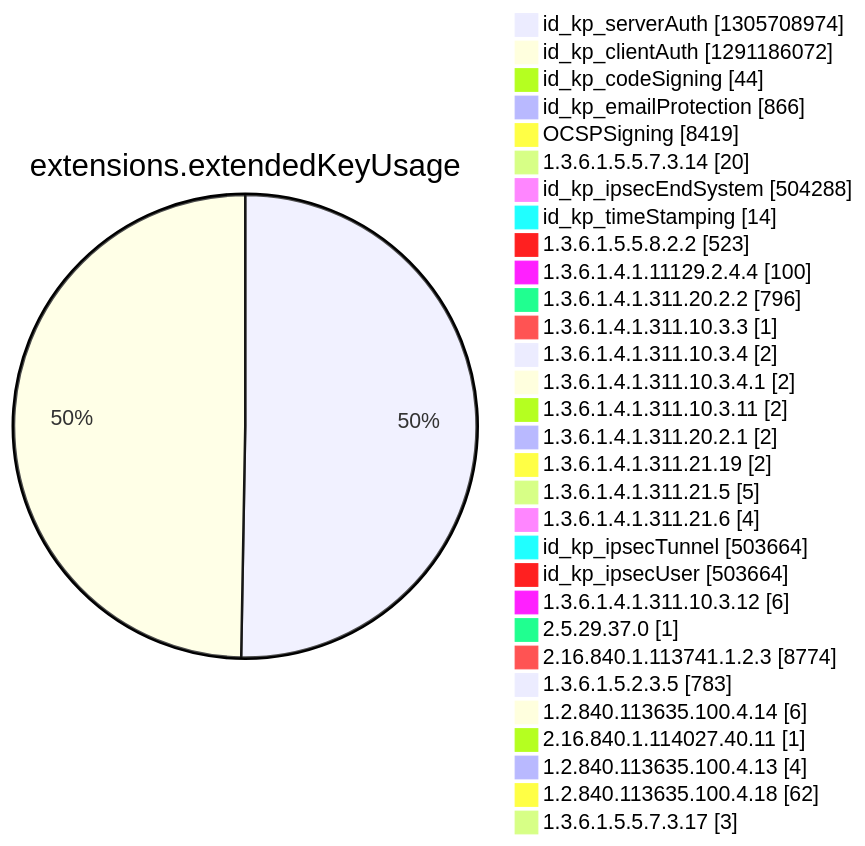
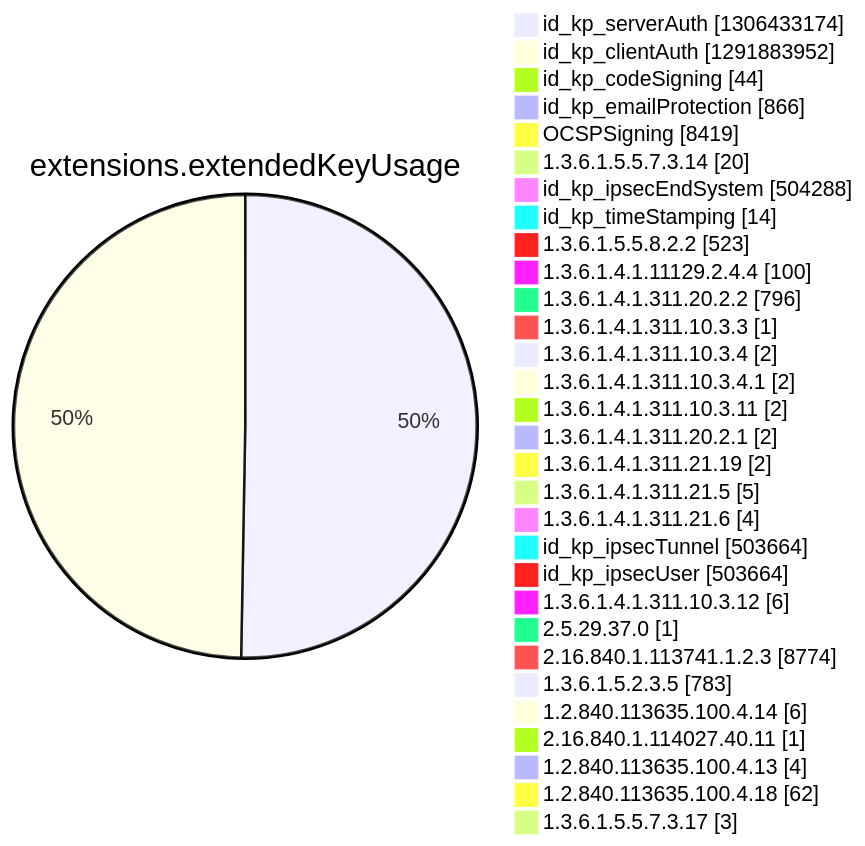
Diagram 12 of 15 in argon2022/README.md (christiankrug/ctmonitor_visualization), drawn with Mermaid before and after one commit. The commit also changed other lines of this file, not shown here.

````diff
--- a/argon2022/README.md
+++ b/argon2022/README.md
@@ -3551,34 +3551,34 @@
 ```mermaid
 pie showData
 title extensions.extendedKeyUsage
-"id_kp_serverAuth" :1305708974
-"id_kp_clientAuth" :1291186072
+"id_kp_serverAuth" :1306433174
+"id_kp_clientAuth" :1291883952
 "id_kp_codeSigning" :44
 "id_kp_emailProtection" :866
 "OCSPSigning" :8419
 "1.3.6.1.5.5.7.3.14" :20
 "id_kp_ipsecEndSystem" :504288
 "id_kp_timeStamping" :14
 "1.3.6.1.5.5.8.2.2" :523
 "1.3.6.1.4.1.11129.2.4.4" :100
 "1.3.6.1.4.1.311.20.2.2" :796
 "1.3.6.1.4.1.311.10.3.3" :1
 "1.3.6.1.4.1.311.10.3.4" :2
 "1.3.6.1.4.1.311.10.3.4.1" :2
 "1.3.6.1.4.1.311.10.3.11" :2
 "1.3.6.1.4.1.311.20.2.1" :2
 "1.3.6.1.4.1.311.21.19" :2
 "1.3.6.1.4.1.311.21.5" :5
 "1.3.6.1.4.1.311.21.6" :4
 "id_kp_ipsecTunnel" :503664
 "id_kp_ipsecUser" :503664
 "1.3.6.1.4.1.311.10.3.12" :6
 "2.5.29.37.0" :1
 "2.16.840.1.113741.1.2.3" :8774
 "1.3.6.1.5.2.3.5" :783
 "1.2.840.113635.100.4.14" :6
 "2.16.840.1.114027.40.11" :1
 "1.2.840.113635.100.4.13" :4
 "1.2.840.113635.100.4.18" :62
 "1.3.6.1.5.5.7.3.17" :3
 ```
````
